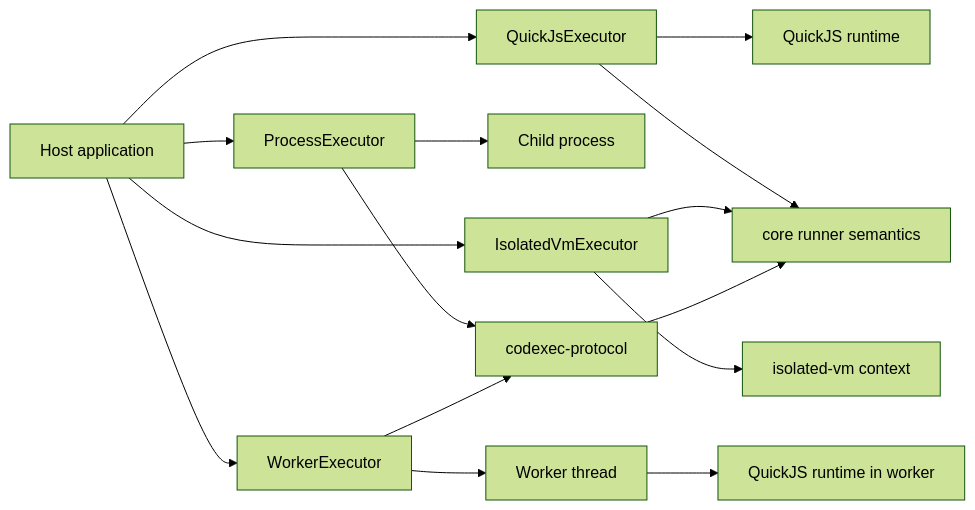
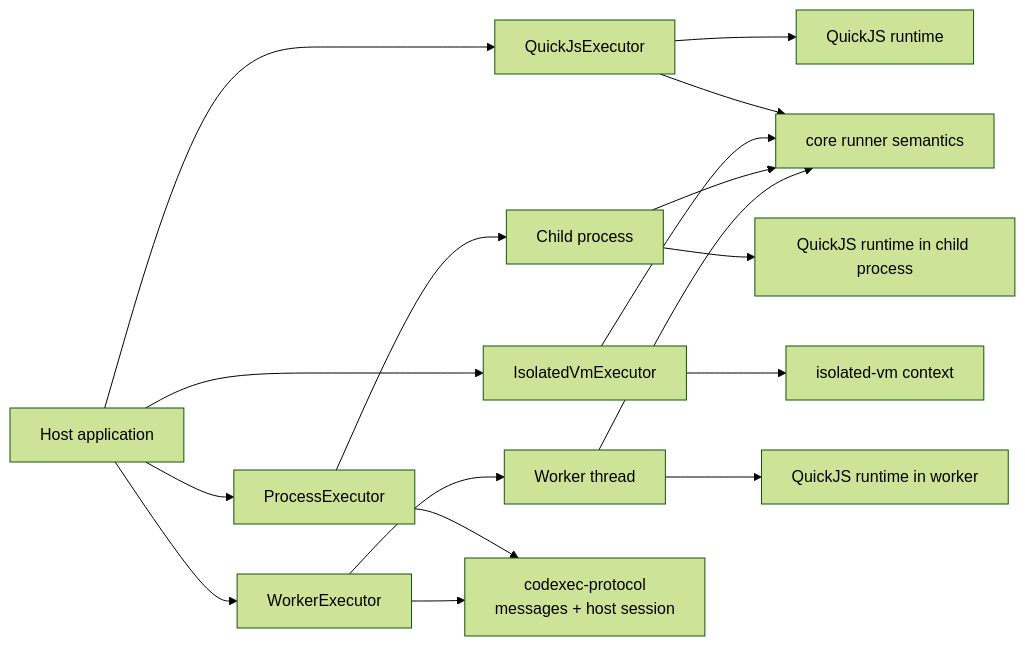
One commit to aallam/mcploom changed the first of 3 diagrams in docs/codexec/architecture/codexec-executors.md. Above: the diagram before and after it, drawn with Mermaid (forest theme). The commit also changed other lines of this file and 28 other files, not shown here.

````diff
--- a/docs/codexec/architecture/codexec-executors.md
+++ b/docs/codexec/architecture/codexec-executors.md
@@ -14,25 +14,27 @@
 ```mermaid
 flowchart LR
     HOST["Host application"]
     QJS["QuickJsExecutor"]
     QJSRT["QuickJS runtime"]
     PROC["ProcessExecutor"]
     PROCCHILD["Child process"]
     IVM["IsolatedVmExecutor"]
     IVMRT["isolated-vm context"]
     WORKER["WorkerExecutor"]
     THREAD["Worker thread"]
     RUNNER["core runner semantics"]
-    PROTO["codexec-protocol"]
+    PROTO["codexec-protocol<br/>messages + host session"]
     WQJS["QuickJS runtime in worker"]
+    PQJS["QuickJS runtime in child process"]
 
     HOST --> QJS --> QJSRT
-    HOST --> PROC --> PROCCHILD
+    HOST --> PROC --> PROCCHILD --> PQJS
     HOST --> IVM --> IVMRT
     HOST --> WORKER --> THREAD --> WQJS
     QJS --> RUNNER
     IVM --> RUNNER
     PROC --> PROTO
     WORKER --> PROTO
-    PROTO --> RUNNER
+    PROCCHILD --> RUNNER
+    THREAD --> RUNNER
 ```
````
